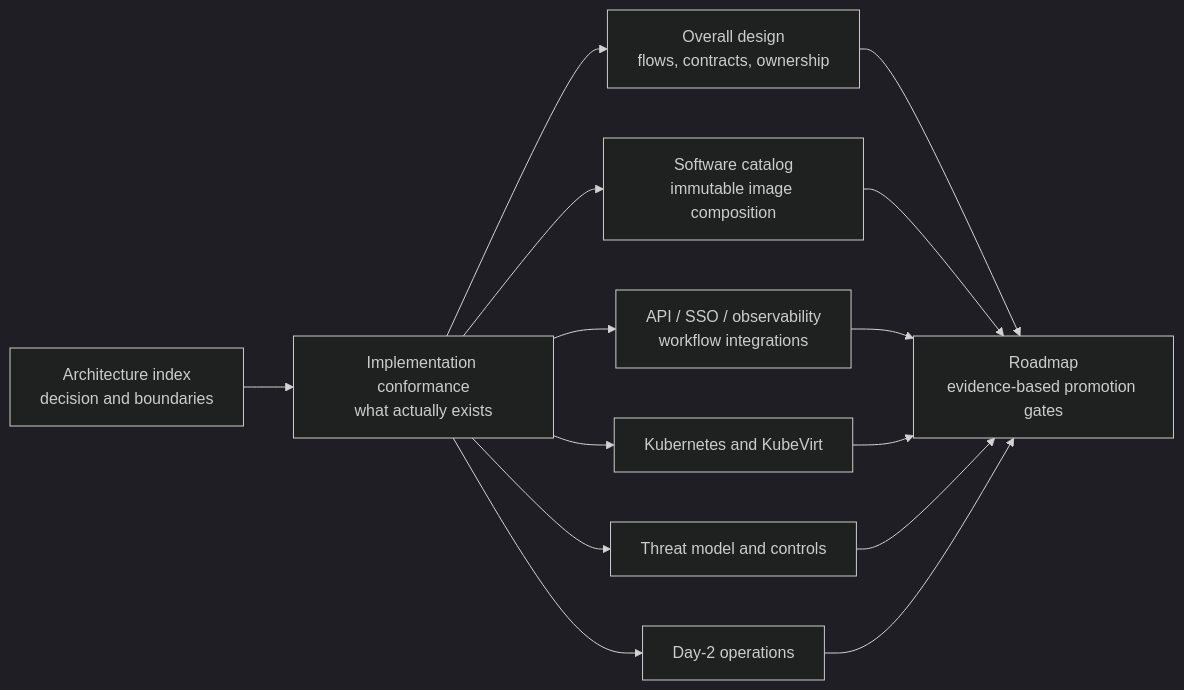
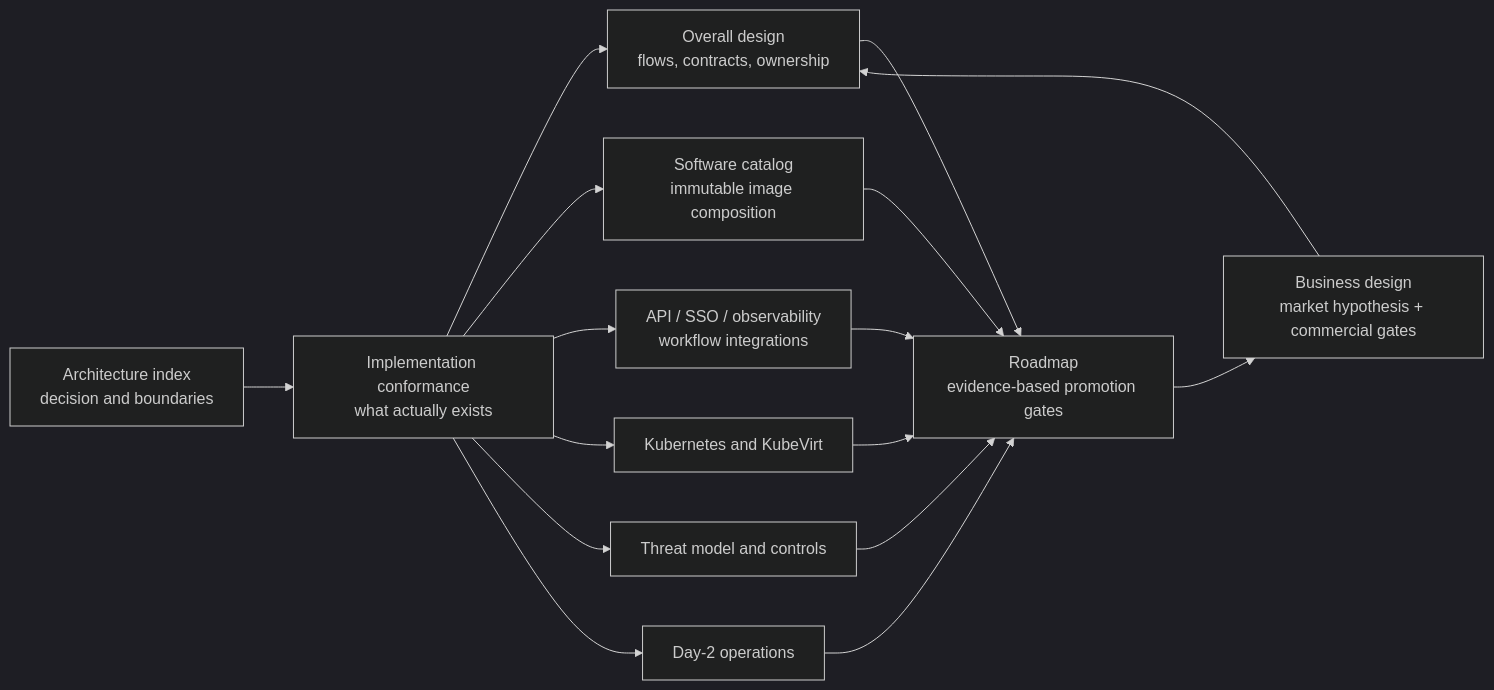
One commit to diaryfolio/MalZone changed the diagram in docs/design/high-level/README.md. Above: the diagram before and after it, drawn with Mermaid (dark theme). The commit also changed other lines of this file and 3 other files, not shown here.

````diff
--- a/docs/design/high-level/README.md
+++ b/docs/design/high-level/README.md
@@ -7,11 +23,13 @@
 ```mermaid
 flowchart LR
     Index["Architecture index<br/>decision and boundaries"] --> Truth["Implementation conformance<br/>what actually exists"]
     Truth --> Overall["Overall design<br/>flows, contracts, ownership"]
     Truth --> Images["Software catalog<br/>immutable image composition"]
     Truth --> Integrations["API / SSO / observability<br/>workflow integrations"]
     Truth --> Deploy["Kubernetes and KubeVirt"]
     Truth --> Security["Threat model and controls"]
     Truth --> Operations["Day-2 operations"]
+    Business["Business design<br/>market hypothesis + commercial gates"] --> Overall
     Overall & Images & Integrations & Deploy & Security & Operations --> Roadmap["Roadmap<br/>evidence-based promotion gates"]
+    Roadmap --> Business
 ```
````
